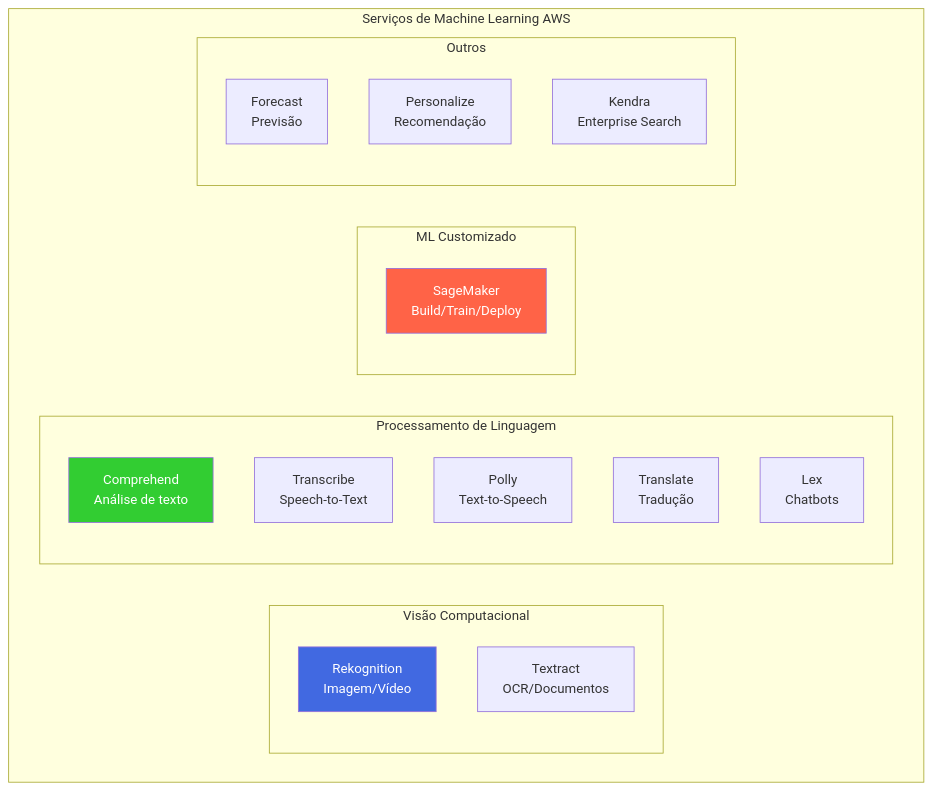
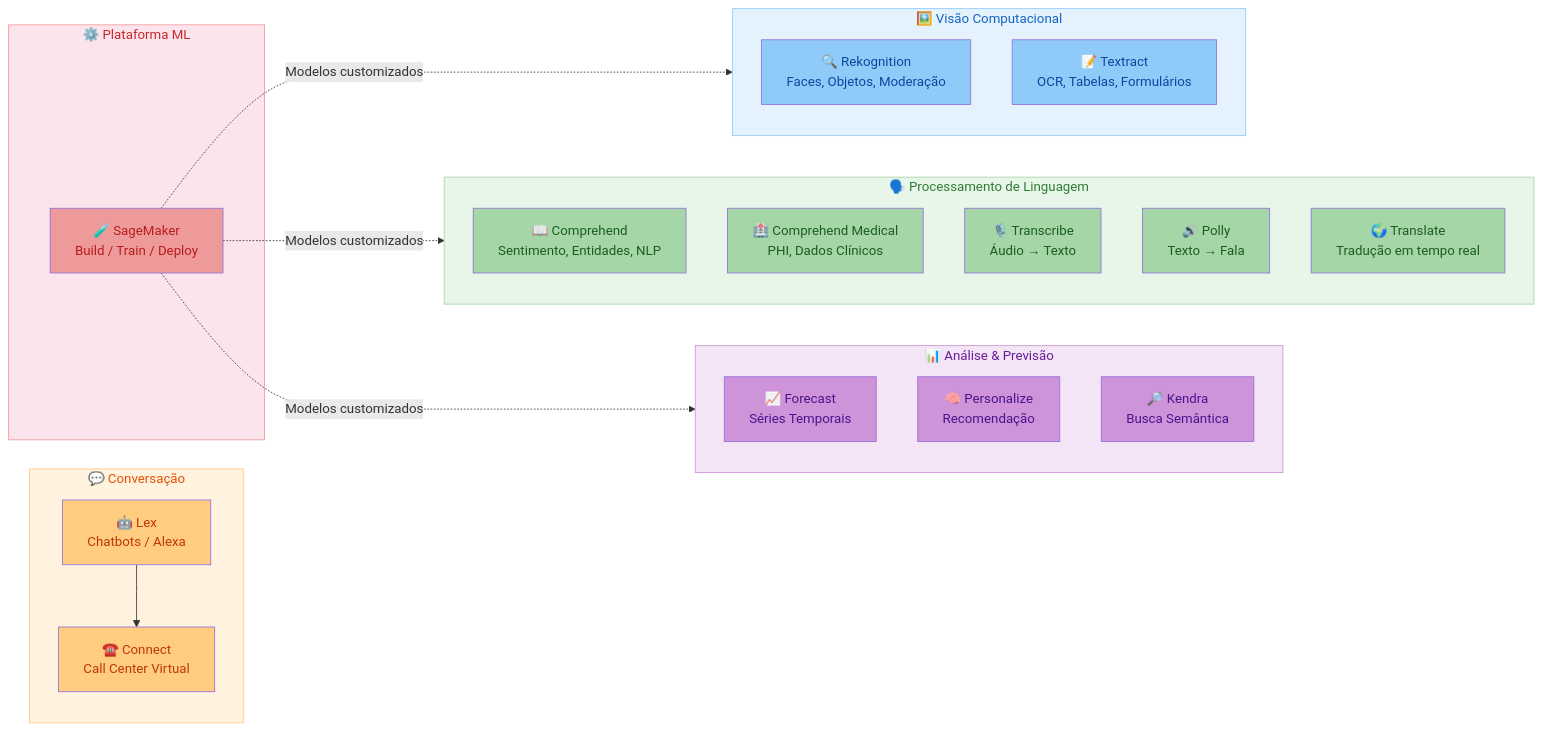
One commit to Uniliva/uni-salva changed the diagram in docs/cloud-notes/01-aws/03-aws-cloud-architect-professional/14_machine_learning.md. Above: the diagram before and after it, drawn with Mermaid. The commit also changed 6 other files, not shown here.

````diff
--- a/docs/cloud-notes/01-aws/03-aws-cloud-architect-professional/14_machine_learning.md
+++ b/docs/cloud-notes/01-aws/03-aws-cloud-architect-professional/14_machine_learning.md
@@ -6,31 +6,54 @@
 ```mermaid
-flowchart TB
-    subgraph ML["Serviços de Machine Learning AWS"]
-        subgraph Vision["Visão Computacional"]
-            Rekognition[Rekognition<br/>Imagem/Vídeo]
-            Textract[Textract<br/>OCR/Documentos]
-        end
-
-        subgraph NLP["Processamento de Linguagem"]
-            Comprehend[Comprehend<br/>Análise de texto]
-            Transcribe[Transcribe<br/>Speech-to-Text]
-            Polly[Polly<br/>Text-to-Speech]
-            Translate[Translate<br/>Tradução]
-            Lex[Lex<br/>Chatbots]
-        end
-
-        subgraph Custom["ML Customizado"]
-            SageMaker[SageMaker<br/>Build/Train/Deploy]
-        end
-
-        subgraph Other["Outros"]
-            Forecast[Forecast<br/>Previsão]
-            Personalize[Personalize<br/>Recomendação]
-            Kendra[Kendra<br/>Enterprise Search]
-        end
+flowchart LR
+    subgraph Vision["🖼️ Visão Computacional"]
+        Rekognition["🔍 Rekognition<br/>Faces, Objetos, Moderação"]
+        Textract["📝 Textract<br/>OCR, Tabelas, Formulários"]
     end
 
-    style SageMaker fill:#FF6347,color:#fff
-    style Rekognition fill:#4169E1,color:#fff
-    style Comprehend fill:#32CD32,color:#fff
+    subgraph NLP["🗣️ Processamento de Linguagem"]
+        Comprehend["📖 Comprehend<br/>Sentimento, Entidades, NLP"]
+        ComprehendMed["🏥 Comprehend Medical<br/>PHI, Dados Clínicos"]
+        Transcribe["🎙️ Transcribe<br/>Áudio → Texto"]
+        Polly["🔊 Polly<br/>Texto → Fala"]
+        Translate["🌍 Translate<br/>Tradução em tempo real"]
+    end
+
+    subgraph Conversational["💬 Conversação"]
+        Lex["🤖 Lex<br/>Chatbots / Alexa"]
+        Connect["☎️ Connect<br/>Call Center Virtual"]
+        Lex --> Connect
+    end
+
+    subgraph Analytics["📊 Análise & Previsão"]
+        Forecast["📈 Forecast<br/>Séries Temporais"]
+        Personalize["🧠 Personalize<br/>Recomendação"]
+        Kendra["🔎 Kendra<br/>Busca Semântica"]
+    end
+
+    subgraph Platform["⚙️ Plataforma ML"]
+        SageMaker["🧪 SageMaker<br/>Build / Train / Deploy"]
+    end
+
+    SageMaker -.->|"Modelos customizados"| Vision
+    SageMaker -.->|"Modelos customizados"| NLP
+    SageMaker -.->|"Modelos customizados"| Analytics
+
+    style Vision fill:#e3f2fd,color:#1565c0,stroke:#90caf9
+    style NLP fill:#e8f5e9,color:#2e7d32,stroke:#a5d6a7
+    style Conversational fill:#fff3e0,color:#e65100,stroke:#ffcc80
+    style Analytics fill:#f3e5f5,color:#6a1b9a,stroke:#ce93d8
+    style Platform fill:#fce4ec,color:#c62828,stroke:#ef9a9a
+    style SageMaker fill:#ef9a9a,color:#b71c1c
+    style Rekognition fill:#90caf9,color:#0d47a1
+    style Textract fill:#90caf9,color:#0d47a1
+    style Comprehend fill:#a5d6a7,color:#1b5e20
+    style ComprehendMed fill:#a5d6a7,color:#1b5e20
+    style Transcribe fill:#a5d6a7,color:#1b5e20
+    style Polly fill:#a5d6a7,color:#1b5e20
+    style Translate fill:#a5d6a7,color:#1b5e20
+    style Lex fill:#ffcc80,color:#bf360c
+    style Connect fill:#ffcc80,color:#bf360c
+    style Forecast fill:#ce93d8,color:#4a148c
+    style Personalize fill:#ce93d8,color:#4a148c
+    style Kendra fill:#ce93d8,color:#4a148c
 ```
````
